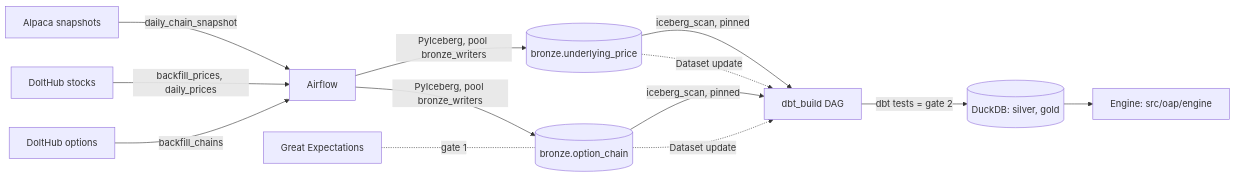
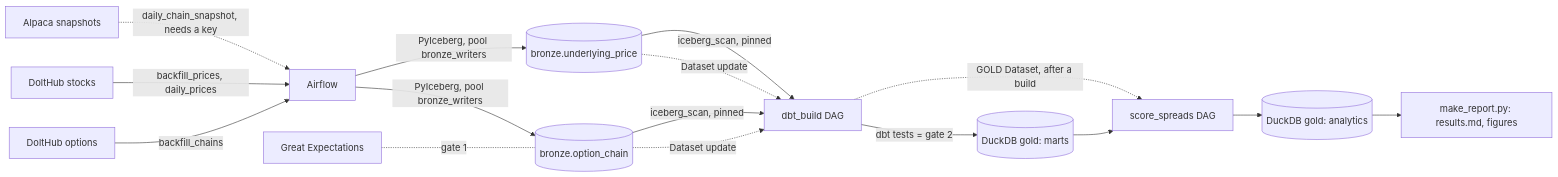
Before and after one commit to tomanathan/options-analytics-platform: the diagram in docs/architecture.md, drawn with Mermaid. The commit also changed other lines of this file, not shown here.

Commit message:
docs(architecture): describe the analytics layer, the GOLD chain and the gate before the write

````diff
--- a/docs/architecture.md
+++ b/docs/architecture.md
@@ -7,13 +7,16 @@
 ```mermaid
 flowchart LR
     H[DoltHub options] -->|backfill_chains| A[Airflow]
     S[DoltHub stocks] -->|backfill_prices, daily_prices| A
-    L[Alpaca snapshots] -->|daily_chain_snapshot| A
+    L[Alpaca snapshots] -.->|daily_chain_snapshot, needs a key| A
     A -->|PyIceberg, pool bronze_writers| B1[(bronze.option_chain)]
     A -->|PyIceberg, pool bronze_writers| B2[(bronze.underlying_price)]
     B1 & B2 -. Dataset update .-> D[dbt_build DAG]
     B1 & B2 -->|iceberg_scan, pinned| D
-    D -->|dbt tests = gate 2| G[(DuckDB: silver, gold)]
-    G --> E[Engine: src/oap/engine]
+    D -->|dbt tests = gate 2| G[(DuckDB gold: marts)]
+    D -. GOLD Dataset, after a build .-> SS[score_spreads DAG]
+    G --> SS
+    SS --> AN[(DuckDB gold: analytics)]
+    AN --> R[make_report.py: results.md, figures]
     GE[Great Expectations] -. gate 1 .- B1
 ```
````
